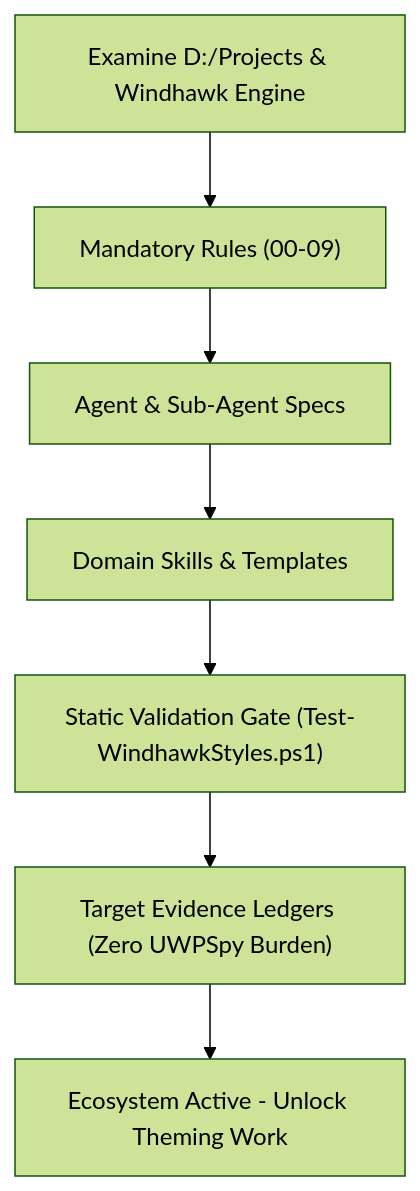
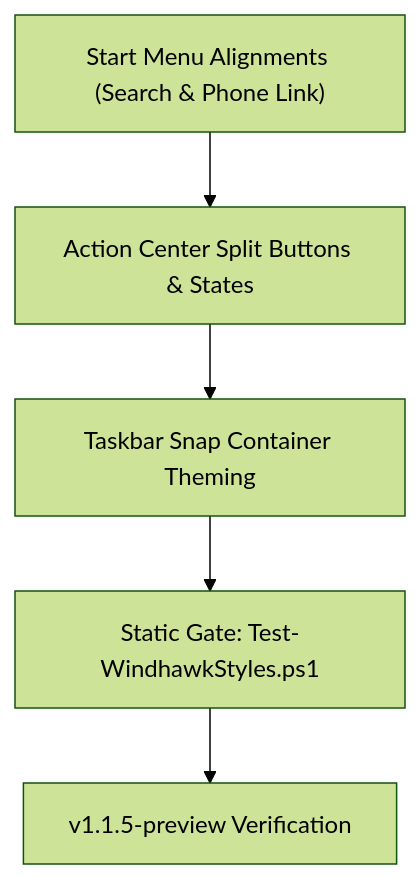
The diagram in ROADMAP.md (HELIX-Origin/Windhawk-Command-Center-Suite), drawn with Mermaid (forest theme) before and after one commit. The commit also changed other lines of this file and 17 other files, not shown here.

````diff
--- a/ROADMAP.md
+++ b/ROADMAP.md
@@ -38,9 +39,7 @@
 ```mermaid
 flowchart TD
-    M1_Analysis["Examine D:/Projects & Windhawk Engine"] --> M1_Rules["Mandatory Rules (00-09)"]
-    M1_Rules --> M1_Specs["Agent & Sub-Agent Specs"]
-    M1_Specs --> M1_Skills["Domain Skills & Templates"]
-    M1_Skills --> M1_Tools["Static Validation Gate (Test-WindhawkStyles.ps1)"]
-    M1_Tools --> M1_Evidence["Target Evidence Ledgers (Zero UWPSpy Burden)"]
-    M1_Evidence --> M1_Done["Ecosystem Active - Unlock Theming Work"]
+    M2b_SM["Start Menu Alignments (Search & Phone Link)"] --> M2b_NC["Action Center Split Buttons & States"]
+    M2b_NC --> M2b_Snap["Taskbar Snap Container Theming"]
+    M2b_Snap --> M2b_Gate["Static Gate: Test-WindhawkStyles.ps1"]
+    M2b_Gate --> M2b_Release["v1.1.5-preview Verification"]
 ```
````
